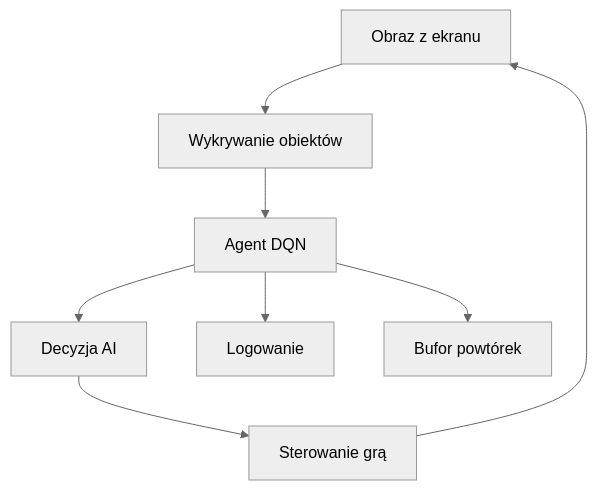
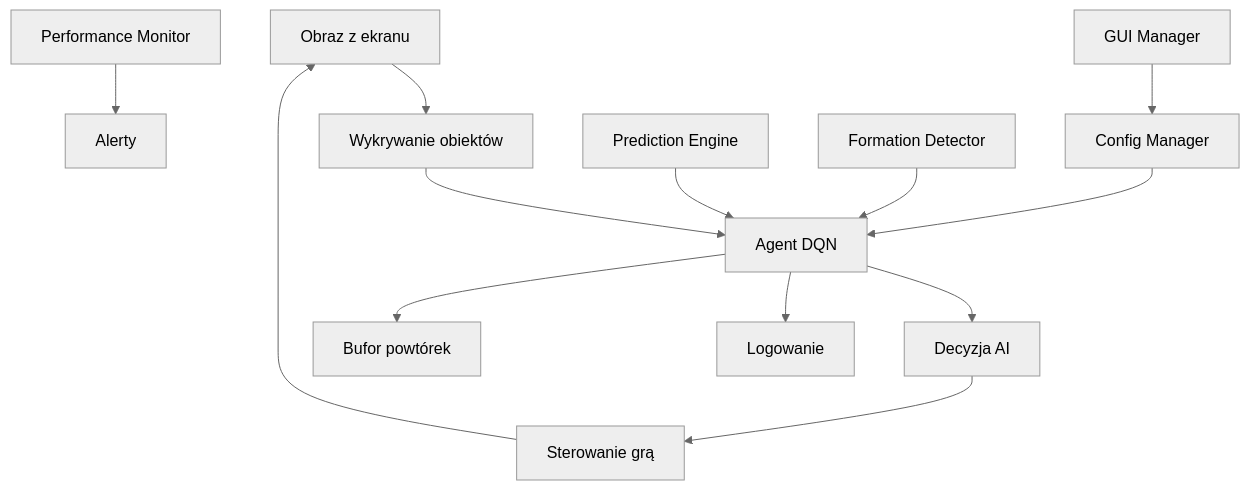
The diagram in README.md (lonter100/space-invaders-ai-pro), drawn with Mermaid (neutral theme) before and after one commit. The commit also changed other lines of this file and 6 other files, not shown here.

Commit message:
Space Invaders AI Pro v3.0 - Kompletna przebudowa z zaawansowanymi funkcjami: GUI, monitor wydajnoci, system konfiguracji, predykcja ruchu, analiza formacji

````diff
--- a/README.md
+++ b/README.md
@@ -58,10 +126,15 @@
 ```mermaid
 graph TD;
     A[Obraz z ekranu] --> B[Wykrywanie obiektów]
     B --> C[Agent DQN]
     C --> D[Decyzja AI]
     D --> E[Sterowanie grą]
     E --> A
     C --> F[Logowanie]
     C --> G[Bufor powtórek]
+    H[GUI Manager] --> I[Config Manager]
+    I --> C
+    J[Performance Monitor] --> K[Alerty]
+    L[Prediction Engine] --> C
+    M[Formation Detector] --> C
 ```
````
